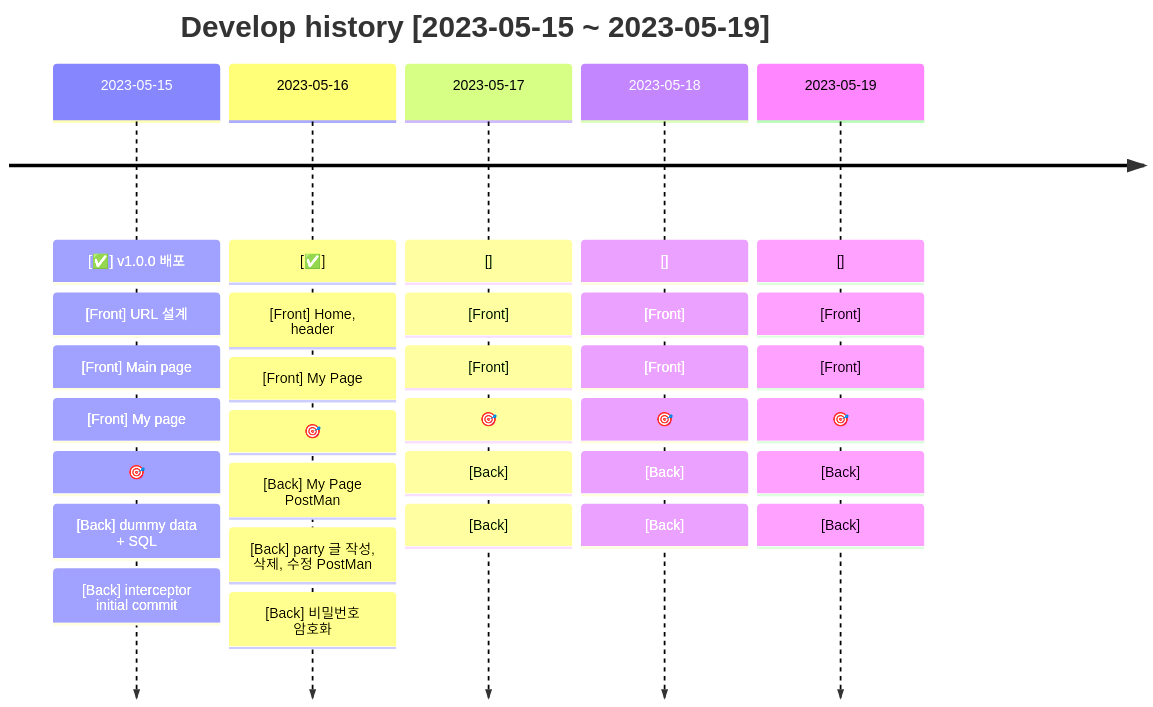
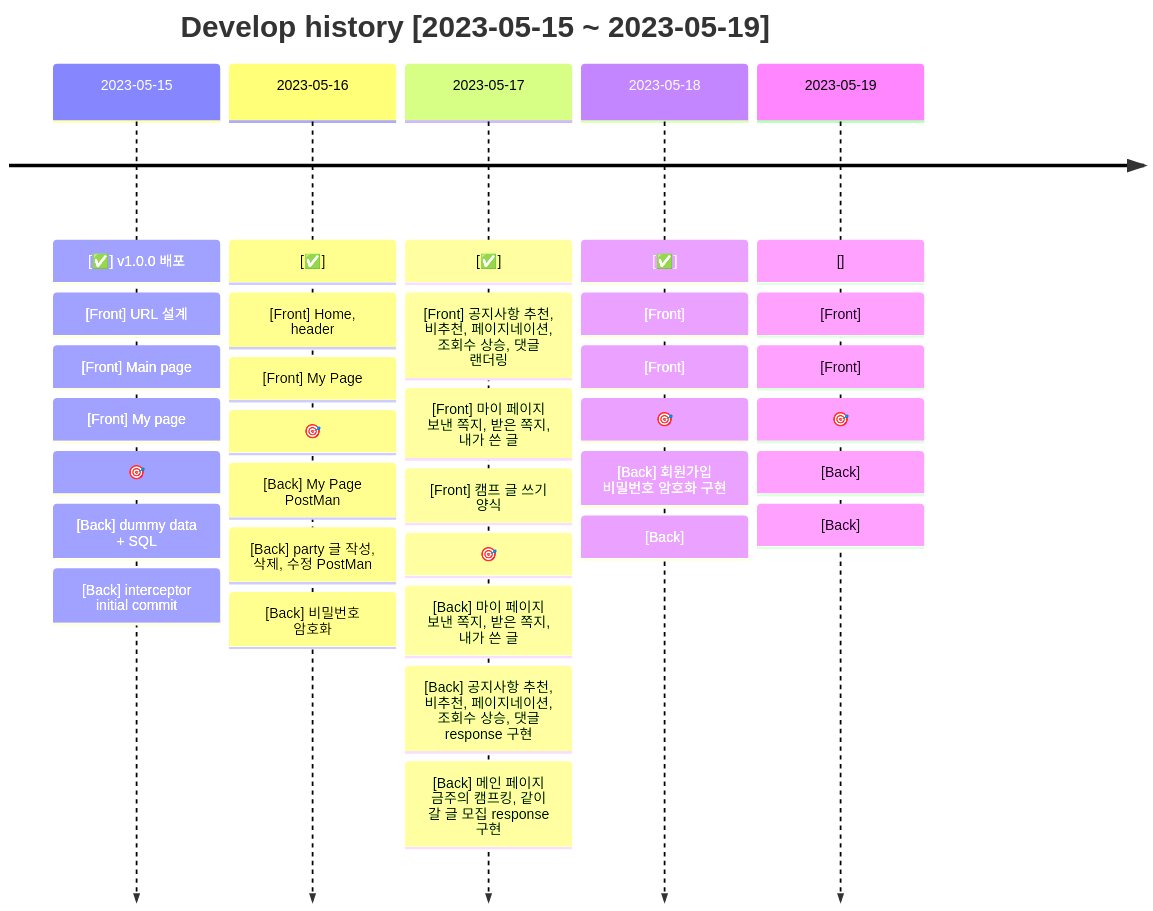
Before and after one commit to Choongang-Third-Project/jeju-campking: the first of 10 diagrams in docs/README.md, drawn with Mermaid. The commit also changed 1 other file, not shown here.

Commit message:
:sparkles:  자동 로그인 인터셉터 구현 중

````diff
--- a/docs/README.md
+++ b/docs/README.md
@@ -66,36 +66,38 @@
 ```mermaid
 timeline
     title Develop history [2023-05-15 ~ 2023-05-19]
     2023-05-15: [✅] v1.0.0 배포
             : [Front] URL 설계
             : [Front] Main page
             : [Front] My page
             : 🎯
             : [Back] dummy data + SQL
             : [Back] interceptor initial commit
     2023-05-16: [✅]
             : [Front] Home, header
             : [Front] My Page
             : 🎯
             : [Back] My Page PostMan
             : [Back] party 글 작성, 삭제, 수정 PostMan
             : [Back] 비밀번호 암호화
-    2023-05-17: []
-            : [Front]
+    2023-05-17: [✅]
+            : [Front] 공지사항 추천, 비추천, 페이지네이션, 조회수 상승, 댓글 랜더링
+            : [Front] 마이 페이지 보낸 쪽지, 받은 쪽지, 내가 쓴 글
+            : [Front] 캠프 글 쓰기 양식
+            : 🎯
+            : [Back] 마이 페이지 보낸 쪽지, 받은 쪽지, 내가 쓴 글
+            : [Back] 공지사항 추천, 비추천, 페이지네이션, 조회수 상승, 댓글 response 구현
+            : [Back] 메인 페이지 금주의 캠프킹, 같이 갈 글 모집 response 구현
+    2023-05-18: [✅]
+            : [Front] 
             : [Front]
             : 🎯
-            : [Back]
-            : [Back]
-    2023-05-18: []
-            : [Front]
-            : [Front]
-            : 🎯
-            : [Back]
+            : [Back] 회원가입 비밀번호 암호화 구현
             : [Back]
     2023-05-19: []
             : [Front]
             : [Front]
             : 🎯
             : [Back]
             : [Back] 
 ```
````
